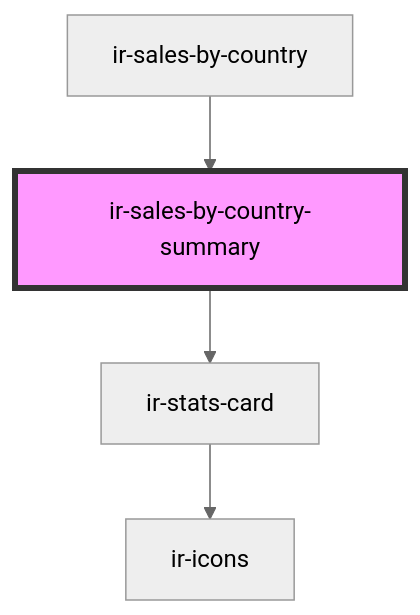
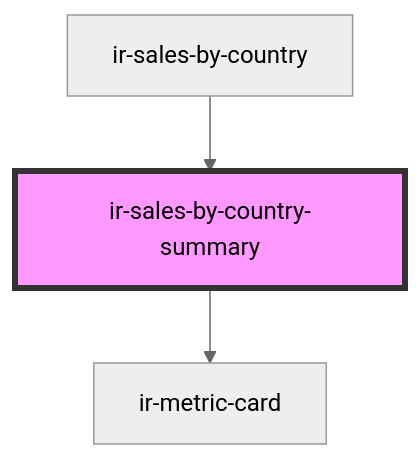
Before and after one commit to RonyRizk/ir-webcmp: the diagram in src/components/ir-sales-by-country/ir-sales-by-country-summary/readme.md, drawn with Mermaid (neutral theme). The commit also changed other lines of this file and 508 other files, not shown here.

````diff
--- a/src/components/ir-sales-by-country/ir-sales-by-country-summary/readme.md
+++ b/src/components/ir-sales-by-country/ir-sales-by-country-summary/readme.md
@@ -26,7 +26,6 @@
 ```mermaid
 graph TD;
-  ir-sales-by-country-summary --> ir-stats-card
-  ir-stats-card --> ir-icons
+  ir-sales-by-country-summary --> ir-metric-card
   ir-sales-by-country --> ir-sales-by-country-summary
   style ir-sales-by-country-summary fill:#f9f,stroke:#333,stroke-width:4px
 ```
````
